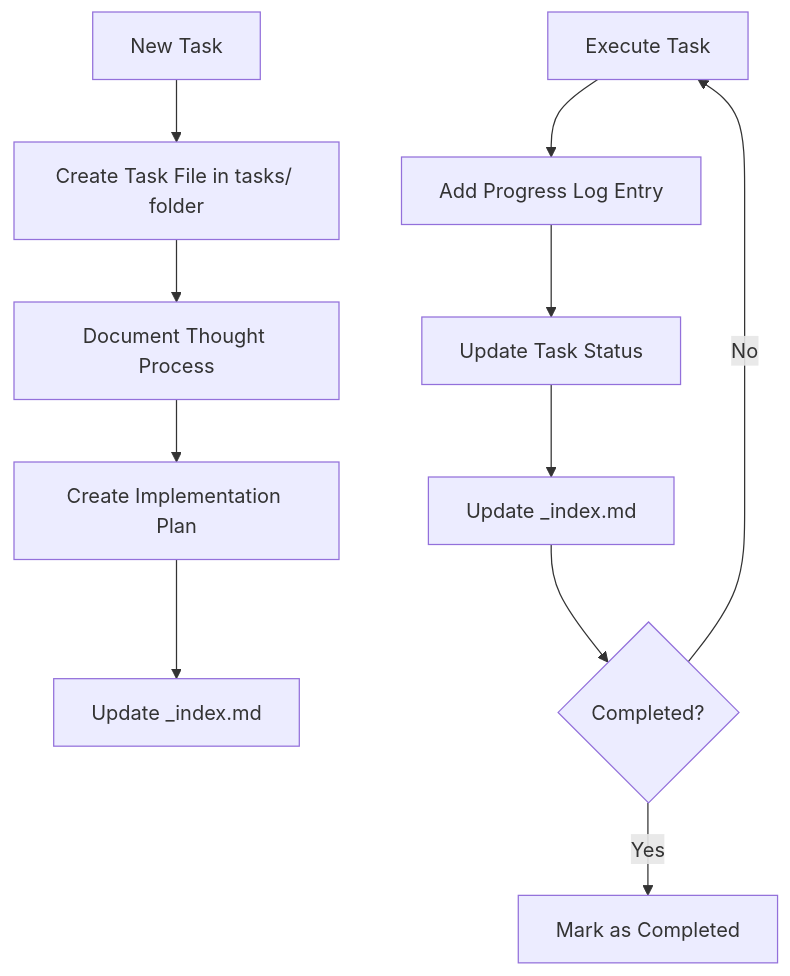
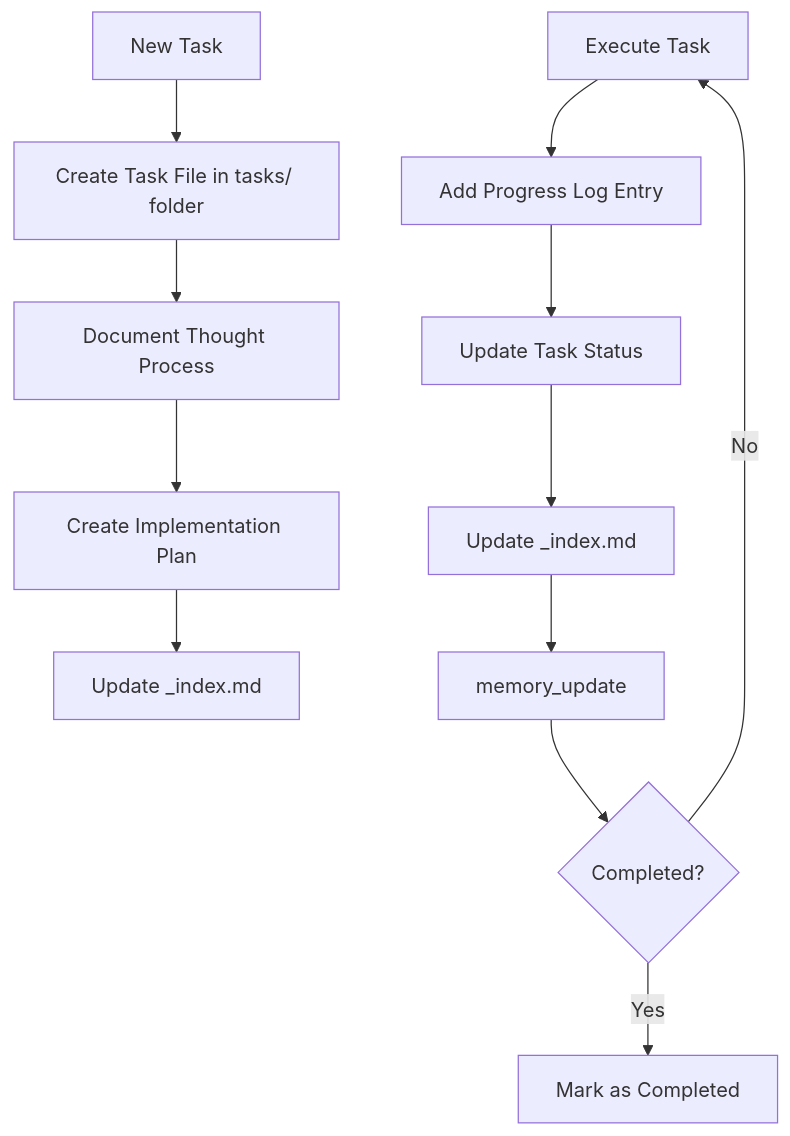
The fourth of 6 diagrams in .agents/instructions/memory-bank.instructions.md (abarcenas29/ai-workflow-template), drawn with Mermaid before and after one commit. The commit also changed other lines of this file and 28 other files, not shown here.

````diff
--- a/.agents/instructions/memory-bank.instructions.md
+++ b/.agents/instructions/memory-bank.instructions.md
@@ -131,14 +182,15 @@
 ```mermaid
 flowchart TD
     Start[New Task] --> NewFile[Create Task File in tasks/ folder]
     NewFile --> Think[Document Thought Process]
     Think --> Plan[Create Implementation Plan]
     Plan --> Index[Update _index.md]
 
     Execute[Execute Task] --> Update[Add Progress Log Entry]
     Update --> StatusChange[Update Task Status]
     StatusChange --> IndexUpdate[Update _index.md]
-    IndexUpdate --> Complete{Completed?}
+    IndexUpdate --> UpdateIndex[memory_update]
+    UpdateIndex --> Complete{Completed?}
     Complete -->|Yes| Archive[Mark as Completed]
     Complete -->|No| Execute
 ```
````
